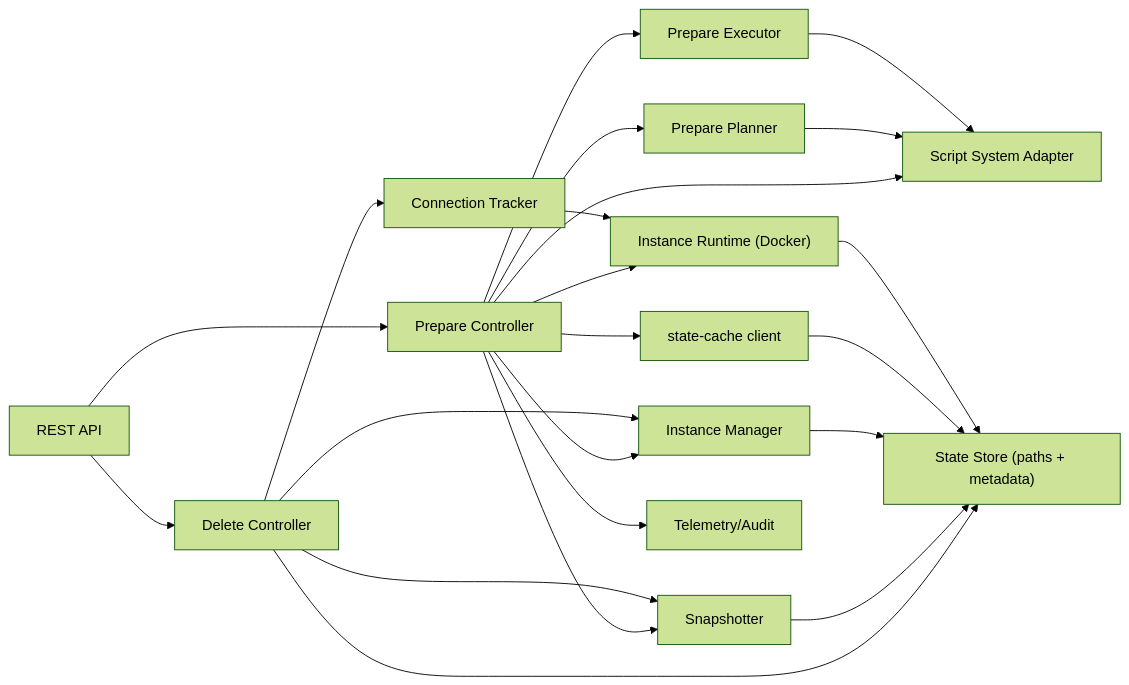
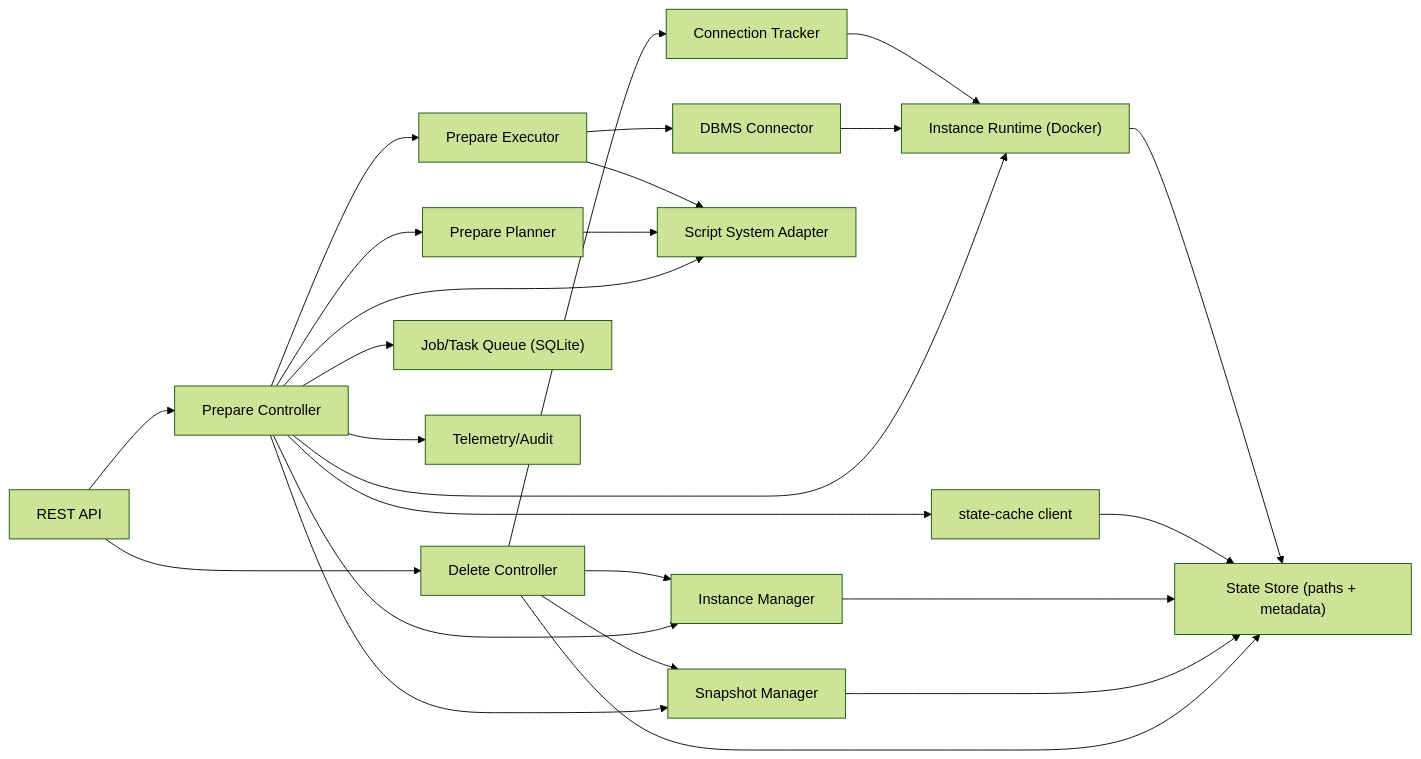
Before and after one commit to kimak-irmagi/taidon: the first of 6 diagrams in docs/architecture/engine-internals.md, drawn with Mermaid (forest theme). The commit also changed other lines of this file and 6 other files, not shown here.

````diff
--- a/docs/architecture/engine-internals.md
+++ b/docs/architecture/engine-internals.md
@@ -7,38 +7,43 @@
 ```mermaid
 flowchart LR
   API["REST API"]
   CTRL["Prepare Controller"]
   DEL["Delete Controller"]
   PLAN["Prepare Planner"]
   EXEC["Prepare Executor"]
   CACHE[state-cache client]
-  SNAP[Snapshotter]
+  SNAP["Snapshot Manager"]
+  QSTORE["Job/Task Queue (SQLite)"]
   RUNTIME["Instance Runtime (Docker)"]
+  DBMS["DBMS Connector"]
   ADAPTER["Script System Adapter"]
   INST["Instance Manager"]
   CONN["Connection Tracker"]
   STORE["State Store (paths + metadata)"]
   OBS[Telemetry/Audit]
 
   API --> CTRL
   API --> DEL
   CTRL --> PLAN
   CTRL --> EXEC
   CTRL --> CACHE
   CTRL --> SNAP
+  CTRL --> QSTORE
   CTRL --> RUNTIME
   CTRL --> ADAPTER
   CTRL --> INST
   CTRL --> OBS
   DEL --> INST
   DEL --> SNAP
   DEL --> STORE
   DEL --> CONN
   PLAN --> ADAPTER
   EXEC --> ADAPTER
+  EXEC --> DBMS
+  DBMS --> RUNTIME
   SNAP --> STORE
   INST --> STORE
   CACHE --> STORE
   RUNTIME --> STORE
   CONN --> RUNTIME
 ```
````
